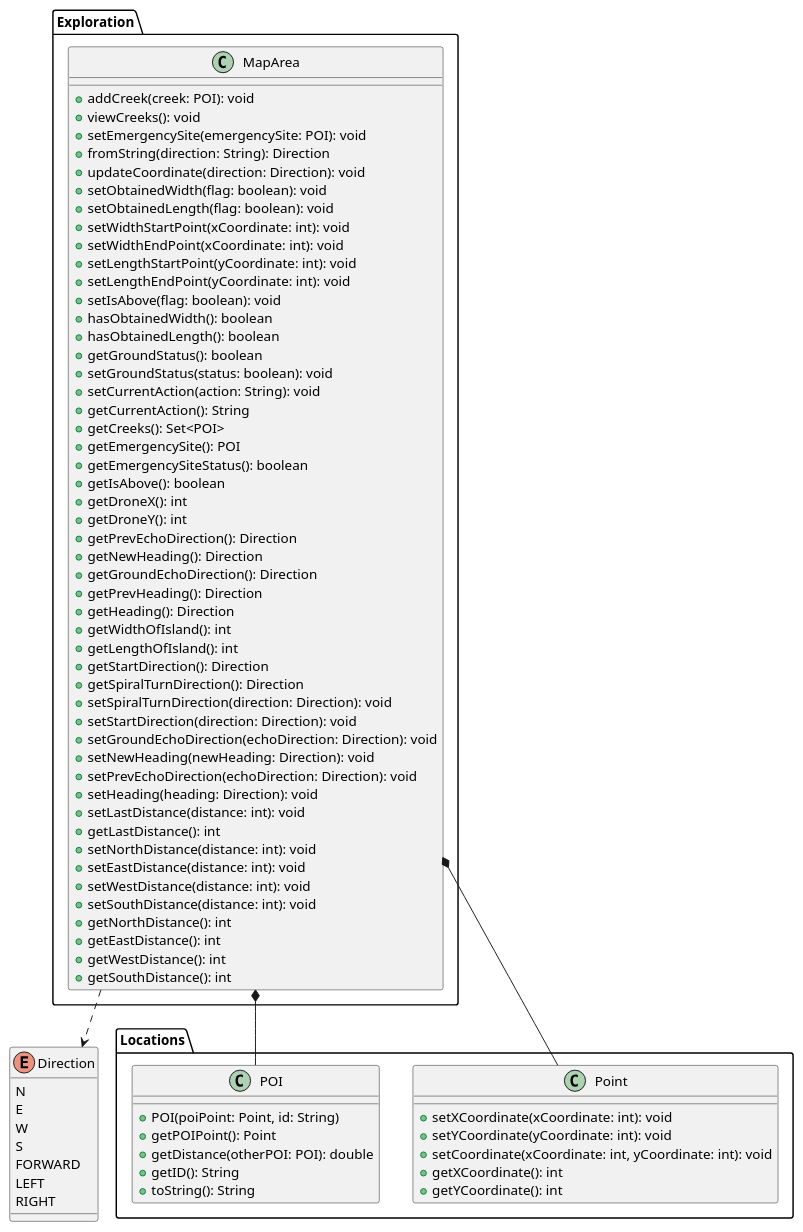
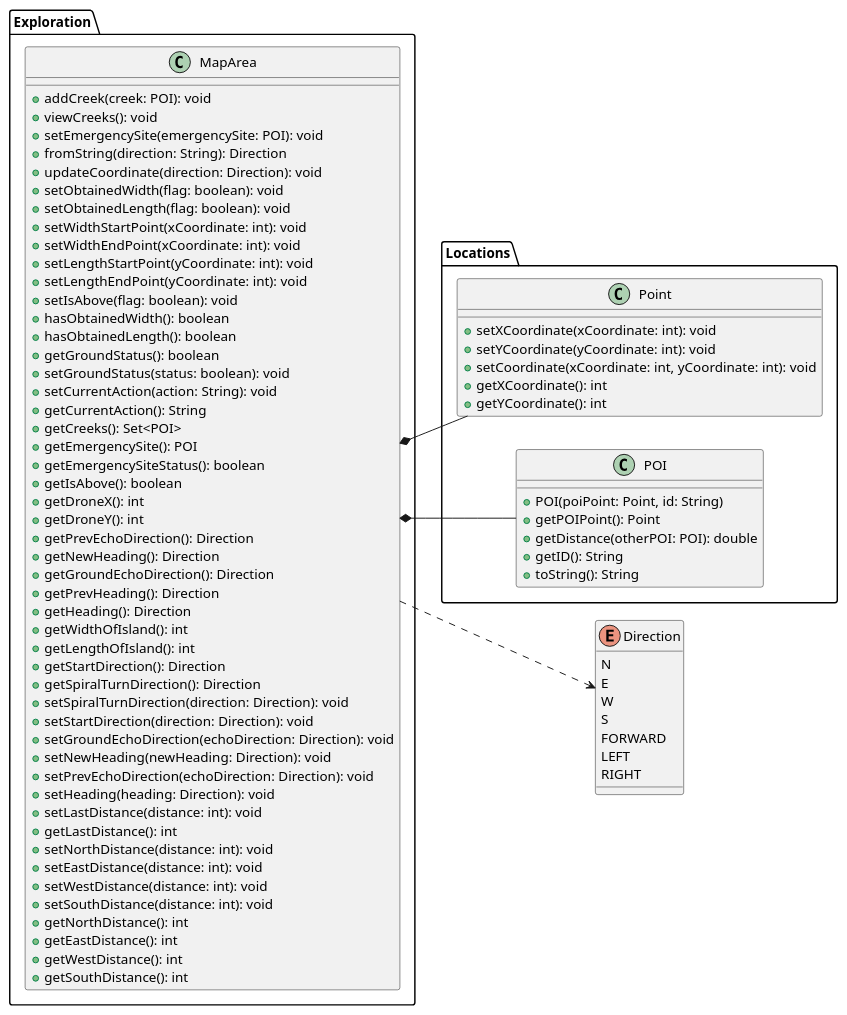
Before and after one commit to 2AA4-W24/a2-rescue-mission-team-106: the diagram in UML Diagrams/MapAreaClassDiagram.puml, drawn with PlantUML.

Commit message:
Fix Map Area Class Diagram Design

```diff
--- a/UML Diagrams/MapAreaClassDiagram.puml
+++ b/UML Diagrams/MapAreaClassDiagram.puml
@@ -1,88 +1,89 @@
 @startuml "MapArea"
 
+left to right direction
 package Exploration {
     class MapArea {
         + addCreek(creek: POI): void
         + viewCreeks(): void
         + setEmergencySite(emergencySite: POI): void
         + fromString(direction: String): Direction
         + updateCoordinate(direction: Direction): void
         + setObtainedWidth(flag: boolean): void
         + setObtainedLength(flag: boolean): void
         + setWidthStartPoint(xCoordinate: int): void
         + setWidthEndPoint(xCoordinate: int): void
         + setLengthStartPoint(yCoordinate: int): void
         + setLengthEndPoint(yCoordinate: int): void
         + setIsAbove(flag: boolean): void
         + hasObtainedWidth(): boolean
         + hasObtainedLength(): boolean
         + getGroundStatus(): boolean
         + setGroundStatus(status: boolean): void
         + setCurrentAction(action: String): void
         + getCurrentAction(): String
         + getCreeks(): Set<POI>
         + getEmergencySite(): POI
         + getEmergencySiteStatus(): boolean
         + getIsAbove(): boolean
         + getDroneX(): int
         + getDroneY(): int
         + getPrevEchoDirection(): Direction
         + getNewHeading(): Direction
         + getGroundEchoDirection(): Direction
         + getPrevHeading(): Direction
         + getHeading(): Direction
         + getWidthOfIsland(): int
         + getLengthOfIsland(): int
         + getStartDirection(): Direction
         + getSpiralTurnDirection(): Direction
         + setSpiralTurnDirection(direction: Direction): void
         + setStartDirection(direction: Direction): void
         + setGroundEchoDirection(echoDirection: Direction): void
         + setNewHeading(newHeading: Direction): void
         + setPrevEchoDirection(echoDirection: Direction): void
         + setHeading(heading: Direction): void
         + setLastDistance(distance: int): void
         + getLastDistance(): int
         + setNorthDistance(distance: int): void
         + setEastDistance(distance: int): void
         + setWestDistance(distance: int): void
         + setSouthDistance(distance: int): void
         + getNorthDistance(): int
         + getEastDistance(): int
         + getWestDistance(): int
         + getSouthDistance(): int
     }
 }
 
 package Locations {
     class Point {
         + setXCoordinate(xCoordinate: int): void
         + setYCoordinate(yCoordinate: int): void
         + setCoordinate(xCoordinate: int, yCoordinate: int): void
         + getXCoordinate(): int
         + getYCoordinate(): int
     }
     class POI {
         + POI(poiPoint: Point, id: String)
         + getPOIPoint(): Point
         + getDistance(otherPOI: POI): double
         + getID(): String
         + toString(): String
     }
 }
 
 enum Direction {
     N
     E
     W
     S
     FORWARD
     LEFT
     RIGHT
 }
 
 MapArea *-- POI
-MapArea *-- Point
+MapArea *-right- Point
 MapArea ..> Direction
 
 @enduml
```
